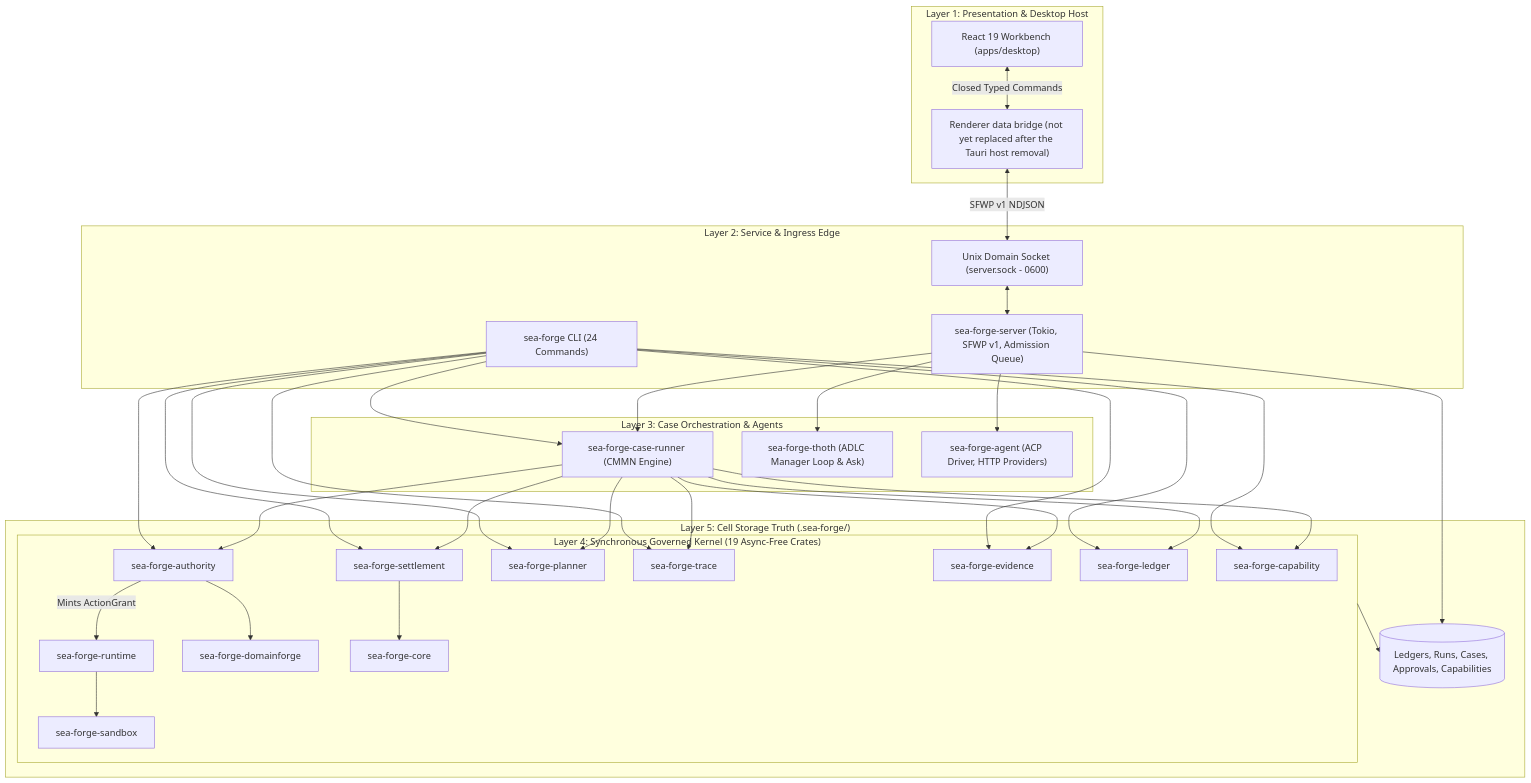
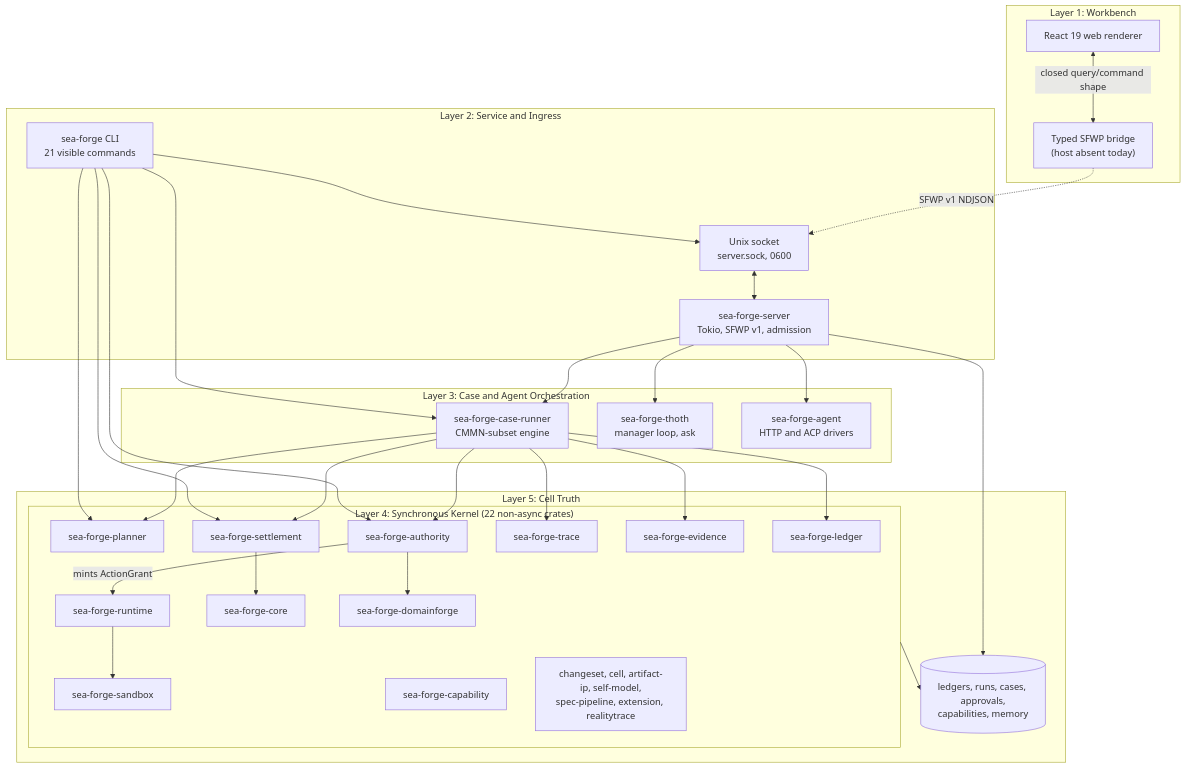
One commit to GodSpeedAI/SEA-Forge changed the first of 2 diagrams in docs/architecture.md. Above: the diagram before and after it, drawn with Mermaid. The commit also changed other lines of this file and 40 other files, not shown here.

First line of the commit message:
docs: refresh SEA-Forge documentation and add governed-run explainer (#49)

````diff
--- a/docs/architecture.md
+++ b/docs/architecture.md
@@ -24,51 +23,61 @@
 ```mermaid
 flowchart TB
-    subgraph L1 ["Layer 1: Presentation & Desktop Host"]
-        WB["React 19 Workbench (apps/desktop)"]
-        BRIDGE["Renderer data bridge (not yet replaced after the Tauri host removal)"]
-        WB <-->|Closed Typed Commands| BRIDGE
+    subgraph L1 ["Layer 1: Workbench"]
+        WB["React 19 web renderer"]
+        BRIDGE["Typed SFWP bridge<br/>(host absent today)"]
+        WB <-->|closed query/command shape| BRIDGE
     end
 
-    subgraph L2 ["Layer 2: Service & Ingress Edge"]
-        SOCK["Unix Domain Socket (server.sock - 0600)"]
-        SRV["sea-forge-server (Tokio, SFWP v1, Admission Queue)"]
-        CLI["sea-forge CLI (24 Commands)"]
-        BRIDGE <-->|SFWP v1 NDJSON| SOCK
+    subgraph L2 ["Layer 2: Service and Ingress"]
+        SOCK["Unix socket<br/>server.sock, 0600"]
+        SRV["sea-forge-server<br/>Tokio, SFWP v1, admission"]
+        CLI["sea-forge CLI<br/>21 visible commands"]
+        BRIDGE -.->|SFWP v1 NDJSON| SOCK
         SOCK <--> SRV
+        CLI --> SOCK
     end
 
-    subgraph L3 ["Layer 3: Case Orchestration & Agents"]
-        CR["sea-forge-case-runner (CMMN Engine)"]
-        THOTH["sea-forge-thoth (ADLC Manager Loop & Ask)"]
-        AGENT["sea-forge-agent (ACP Driver, HTTP Providers)"]
-        SRV --> CR & THOTH & AGENT
+    subgraph L3 ["Layer 3: Case and Agent Orchestration"]
+        CR["sea-forge-case-runner<br/>CMMN-subset engine"]
+        THOTH["sea-forge-thoth<br/>manager loop, ask"]
+        AGENT["sea-forge-agent<br/>HTTP and ACP drivers"]
+        SRV --> CR
+        SRV --> THOTH
+        SRV --> AGENT
         CLI --> CR
     end
 
-    subgraph L4 ["Layer 4: Synchronous Governed Kernel (19 Async-Free Crates)"]
-        PLANNER["sea-forge-planner"]
+    subgraph L4 ["Layer 4: Synchronous Kernel (22 non-async crates)"]
+        CORE["sea-forge-core"]
+        PLAN["sea-forge-planner"]
         AUTH["sea-forge-authority"]
+        RUNTIME["sea-forge-runtime"]
         SANDBOX["sea-forge-sandbox"]
-        RUNTIME["sea-forge-runtime"]
         SETTLE["sea-forge-settlement"]
         TRACE["sea-forge-trace"]
         EVID["sea-forge-evidence"]
         LEDGER["sea-forge-ledger"]
         CAP["sea-forge-capability"]
         DF["sea-forge-domainforge"]
-        CORE["sea-forge-core"]
-        
-        CR --> PLANNER & AUTH & SETTLE & TRACE & EVID & LEDGER & CAP
-        CLI --> PLANNER & AUTH & SETTLE & TRACE & EVID & LEDGER & CAP
+        OTHER["changeset, cell, artifact-ip, self-model,<br/>spec-pipeline, extension, realitytrace"]
+        CR --> PLAN
+        CR --> AUTH
+        CR --> SETTLE
+        CR --> TRACE
+        CR --> EVID
+        CR --> LEDGER
+        CLI --> PLAN
+        CLI --> AUTH
+        CLI --> SETTLE
         AUTH --> DF
-        AUTH -->|Mints ActionGrant| RUNTIME
+        AUTH -->|mints ActionGrant| RUNTIME
         RUNTIME --> SANDBOX
         SETTLE --> CORE
     end
 
-    subgraph L5 ["Layer 5: Cell Storage Truth (.sea-forge/)"]
-        STORE[("Ledgers, Runs, Cases, Approvals, Capabilities")]
+    subgraph L5 ["Layer 5: Cell Truth"]
+        STORE[("ledgers, runs, cases, approvals,<br/>capabilities, memory")]
         L4 --> STORE
         SRV --> STORE
     end
 ```
````
